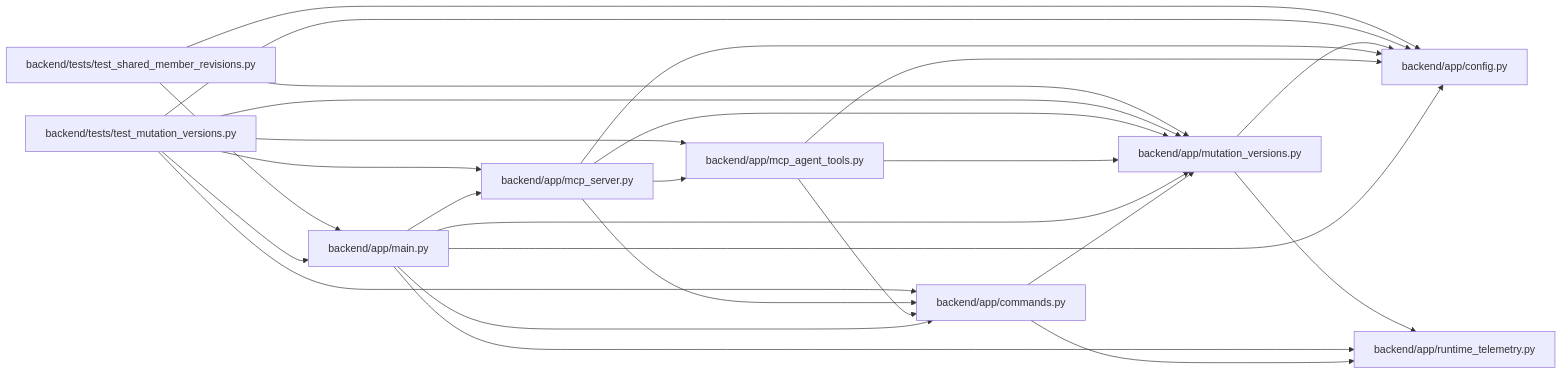
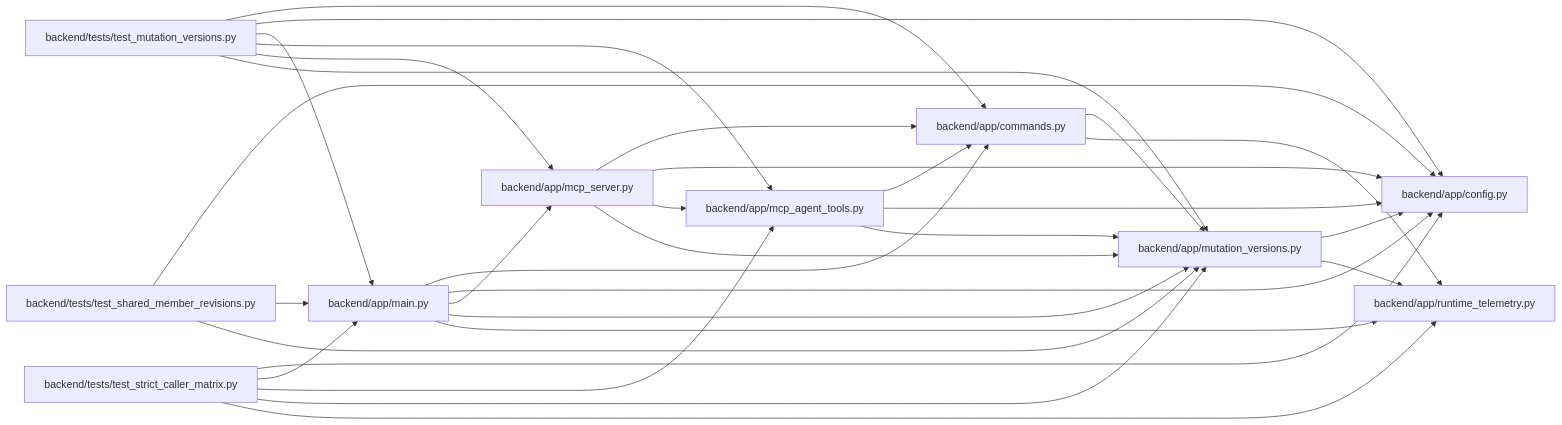
Before and after one commit to Denissvgn/WorkChord: the diagram in docs/llm_wiki/modules/mutation_versions.md, drawn with Mermaid. The commit also changed other lines of this file and 398 other files, not shown here.

Commit message:
docs(wiki): describe qualified strict caller recovery boundaries

````diff
--- a/docs/llm_wiki/modules/mutation_versions.md
+++ b/docs/llm_wiki/modules/mutation_versions.md
@@ -21,46 +21,53 @@
 ```mermaid
 flowchart LR
     n0["backend/app/commands.py"]
     n1["backend/app/config.py"]
     n2["backend/app/main.py"]
     n3["backend/app/mcp_agent_tools.py"]
     n4["backend/app/mcp_server.py"]
     n5["backend/app/mutation_versions.py"]
     n6["backend/app/runtime_telemetry.py"]
     n7["backend/tests/test_mutation_versions.py"]
     n8["backend/tests/test_shared_member_revisions.py"]
+    n9["backend/tests/test_strict_caller_matrix.py"]
     n0 --> n5
     n0 --> n6
     n2 --> n0
     n2 --> n1
     n2 --> n4
     n2 --> n5
     n2 --> n6
     n3 --> n0
     n3 --> n1
     n3 --> n5
     n4 --> n0
     n4 --> n1
     n4 --> n3
     n4 --> n5
     n5 --> n1
     n5 --> n6
     n7 --> n0
     n7 --> n1
     n7 --> n2
     n7 --> n3
     n7 --> n4
     n7 --> n5
     n8 --> n1
     n8 --> n2
     n8 --> n5
+    n9 --> n1
+    n9 --> n2
+    n9 --> n3
+    n9 --> n5
+    n9 --> n6
     click n0 "../modules/commands.md"
     click n1 "../modules/config.md"
     click n2 "../modules/app_main.md"
     click n3 "../modules/mcp_agent_tools.md"
     click n4 "../modules/mcp_server.md"
     click n5 "../modules/mutation_versions.md"
     click n6 "../modules/runtime_telemetry.md"
     click n7 "../modules/test_mutation_versions.md"
     click n8 "../modules/test_shared_member_revisions.md"
+    click n9 "../modules/test_strict_caller_matrix.md"
 ```
````
